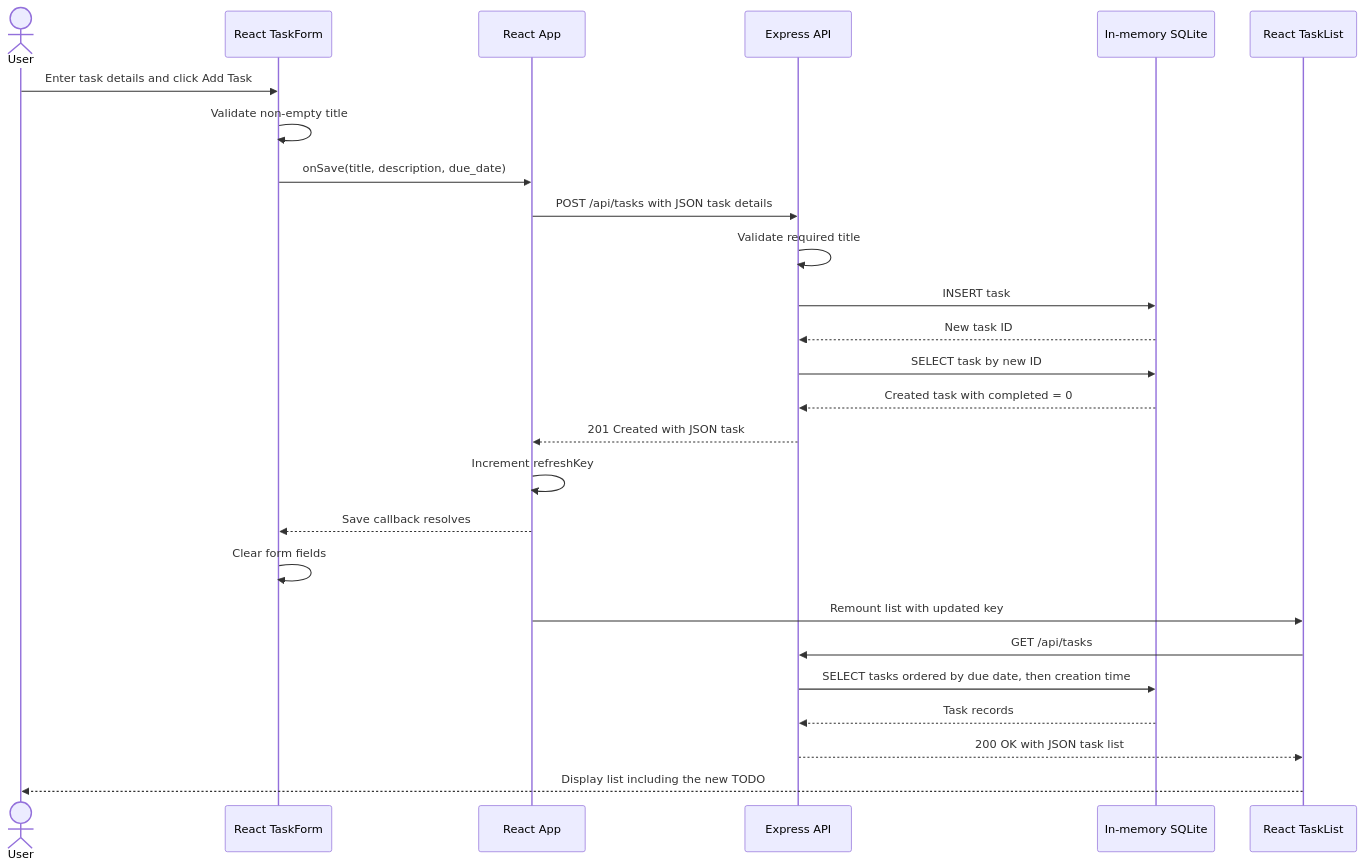
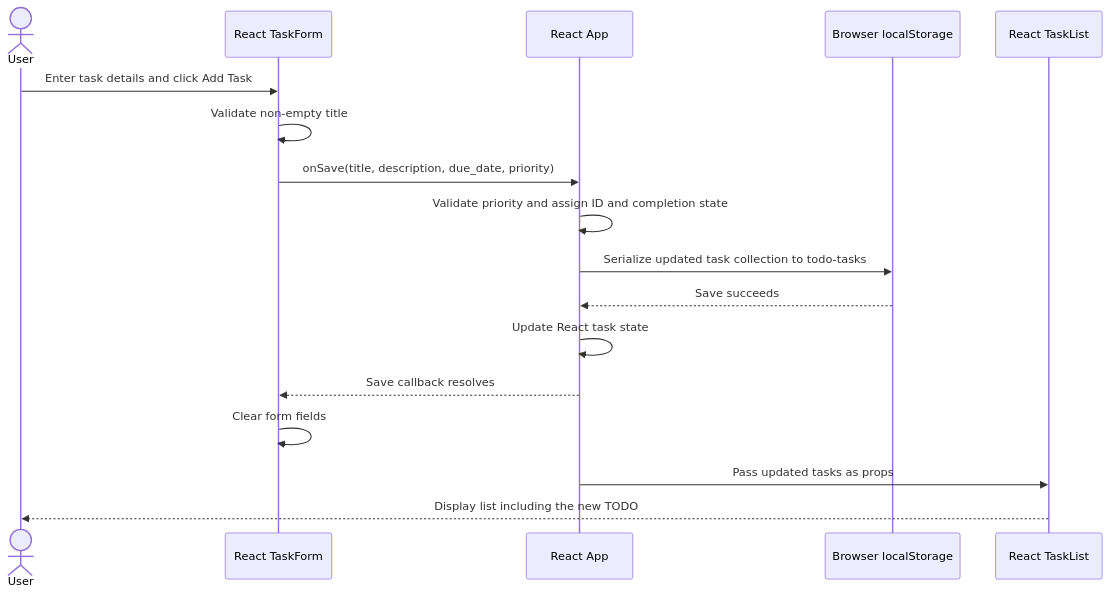
One commit to yehiaitani01/ae-bootcamp-session-3 changed the second of 2 diagrams in docs/cloud-architecture-overview.md. Above: the diagram before and after it, drawn with Mermaid. The commit also changed other lines of this file and 7 other files, not shown here.

````diff
--- a/docs/cloud-architecture-overview.md
+++ b/docs/cloud-architecture-overview.md
@@ -31,29 +33,20 @@
 ```mermaid
 sequenceDiagram
     actor User
     participant Form as React TaskForm
     participant App as React App
-    participant API as Express API
-    participant Store as In-memory SQLite
+    participant Store as Browser localStorage
     participant List as React TaskList
 
     User->>Form: Enter task details and click Add Task
     Form->>Form: Validate non-empty title
-    Form->>App: onSave(title, description, due_date)
-    App->>API: POST /api/tasks with JSON task details
-    API->>API: Validate required title
-    API->>Store: INSERT task
-    Store-->>API: New task ID
-    API->>Store: SELECT task by new ID
-    Store-->>API: Created task with completed = 0
-    API-->>App: 201 Created with JSON task
-    App->>App: Increment refreshKey
+    Form->>App: onSave(title, description, due_date, priority)
+    App->>App: Validate priority and assign ID and completion state
+    App->>Store: Serialize updated task collection to todo-tasks
+    Store-->>App: Save succeeds
+    App->>App: Update React task state
     App-->>Form: Save callback resolves
     Form->>Form: Clear form fields
-    App->>List: Remount list with updated key
-    List->>API: GET /api/tasks
-    API->>Store: SELECT tasks ordered by due date, then creation time
-    Store-->>API: Task records
-    API-->>List: 200 OK with JSON task list
+    App->>List: Pass updated tasks as props
     List-->>User: Display list including the new TODO
 ```
````
